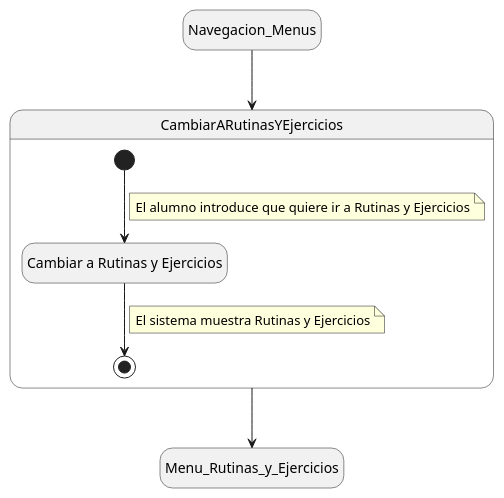
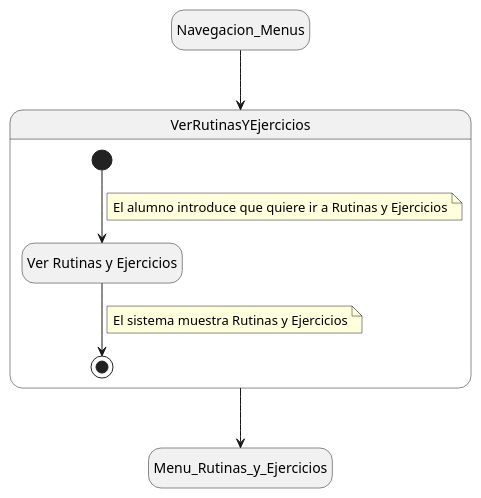
Before and after one commit to mmasias/24-25-IdSw1-SDR: the diagram in Documentos/DetallarCasosDeUso/Alumno/Menu_Rutinas_Alumno.puml, drawn with PlantUML.

```diff
--- a/Documentos/DetallarCasosDeUso/Alumno/Menu_Rutinas_Alumno.puml
+++ b/Documentos/DetallarCasosDeUso/Alumno/Menu_Rutinas_Alumno.puml
@@ -1,21 +1,21 @@
-@startuml CambiarARutinasYEjercicios
+@startuml VerRutinasYEjercicios
 hide empty description
 
 state Navegacion_Menus
 state Menu_Rutinas_y_Ejercicios
 
-state CambiarARutinasYEjercicios{
-    state Cambiar as "Cambiar a Rutinas y Ejercicios"
-    [*] --> Cambiar
+state VerRutinasYEjercicios{
+    state Ver as "Ver Rutinas y Ejercicios"
+    [*] --> Ver
     note on link
         El alumno introduce que quiere ir a Rutinas y Ejercicios
     end note
-    Cambiar --> [*]
+    Ver --> [*]
     note on link
         El sistema muestra Rutinas y Ejercicios
     end note
 }
 
-Navegacion_Menus --> CambiarARutinasYEjercicios
-CambiarARutinasYEjercicios --> Menu_Rutinas_y_Ejercicios
+Navegacion_Menus --> VerRutinasYEjercicios
+VerRutinasYEjercicios --> Menu_Rutinas_y_Ejercicios
 @enduml
```
